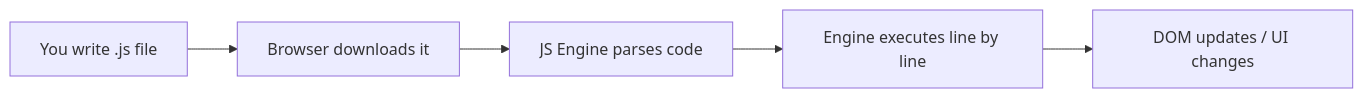
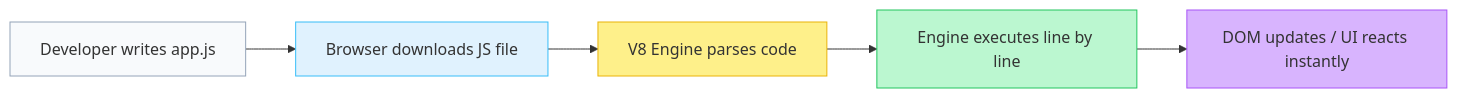
One commit to KierllosMedhat/course-data changed the diagram in 09 - JavaScript Basics - Syntax, Types & Control Flow.md. Above: the diagram before and after it, drawn with Mermaid. The commit also changed other lines of this file and 60 other files, not shown here.

````diff
--- a/09 - JavaScript Basics - Syntax, Types & Control Flow.md
+++ b/09 - JavaScript Basics - Syntax, Types & Control Flow.md
@@ -57,7 +61,12 @@
 ```mermaid
 flowchart LR
-    A["You write .js file"] --> B["Browser downloads it"]
-    B --> C["JS Engine parses code"]
+    A["Developer writes app.js"] --> B["Browser downloads JS file"]
+    B --> C["V8 Engine parses code"]
     C --> D["Engine executes line by line"]
-    D --> E["DOM updates / UI changes"]
+    D --> E["DOM updates / UI reacts instantly"]
+    style A fill:#f8fafc,stroke:#94a3b8
+    style B fill:#e0f2fe,stroke:#38bdf8
+    style C fill:#fef08a,stroke:#eab308
+    style D fill:#bbf7d0,stroke:#22c55e
+    style E fill:#d8b4fe,stroke:#a855f7
 ```
````
